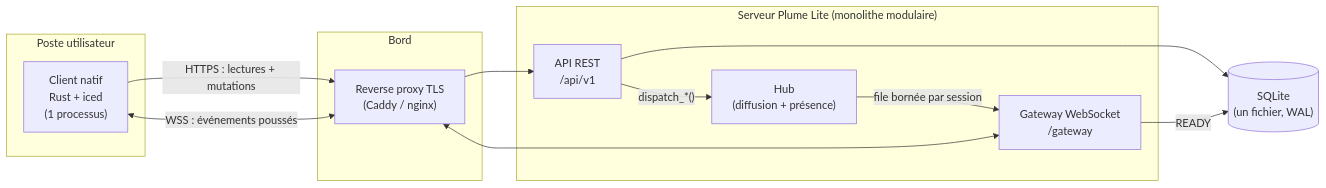
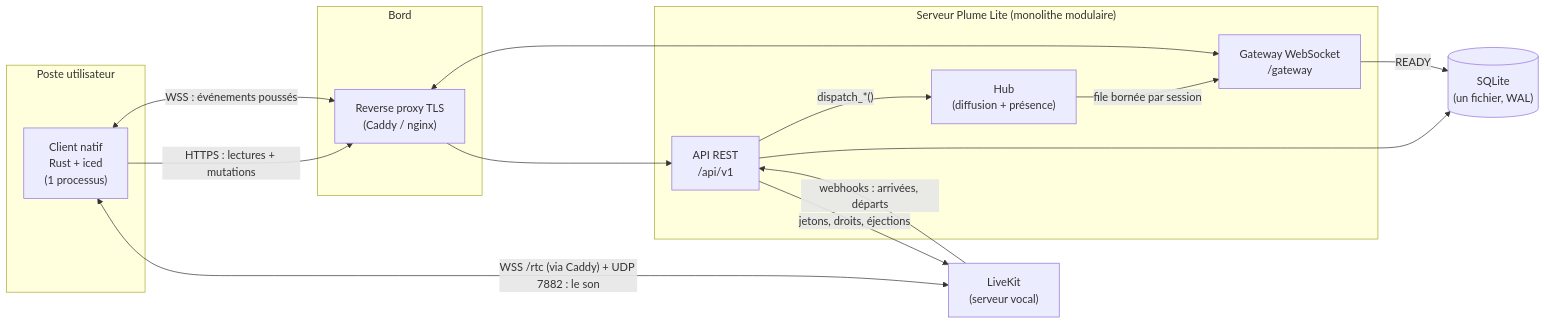
Before and after one commit to DonRosio/plume-lite: the first of 4 diagrams in docs/ARCHITECTURE.md, drawn with Mermaid. The commit also changed other lines of this file and 48 other files, not shown here.

````diff
--- a/docs/ARCHITECTURE.md
+++ b/docs/ARCHITECTURE.md
@@ -23,24 +23,28 @@
 ```mermaid
 flowchart LR
     subgraph Desktop["Poste utilisateur"]
         C["Client natif<br/>Rust + iced<br/>(1 processus)"]
     end
     subgraph Edge["Bord"]
         P["Reverse proxy TLS<br/>(Caddy / nginx)"]
     end
     subgraph Backend["Serveur Plume Lite (monolithe modulaire)"]
         R["API REST<br/>/api/v1"]
         G["Gateway WebSocket<br/>/gateway"]
         H["Hub<br/>(diffusion + présence)"]
         R -- "dispatch_*()" --> H
         H -- "file bornée par session" --> G
     end
     DB[("SQLite<br/>(un fichier, WAL)")]
+    L["LiveKit<br/>(serveur vocal)"]
 
     C -- "HTTPS : lectures + mutations" --> P
     C <-- "WSS : événements poussés" --> P
     P --> R
     P <--> G
     R --> DB
     G -- "READY" --> DB
+    C <-- "WSS /rtc (via Caddy) + UDP 7882 : le son" --> L
+    R -- "jetons, droits, éjections" --> L
+    L -- "webhooks : arrivées, départs" --> R
 ```
````
